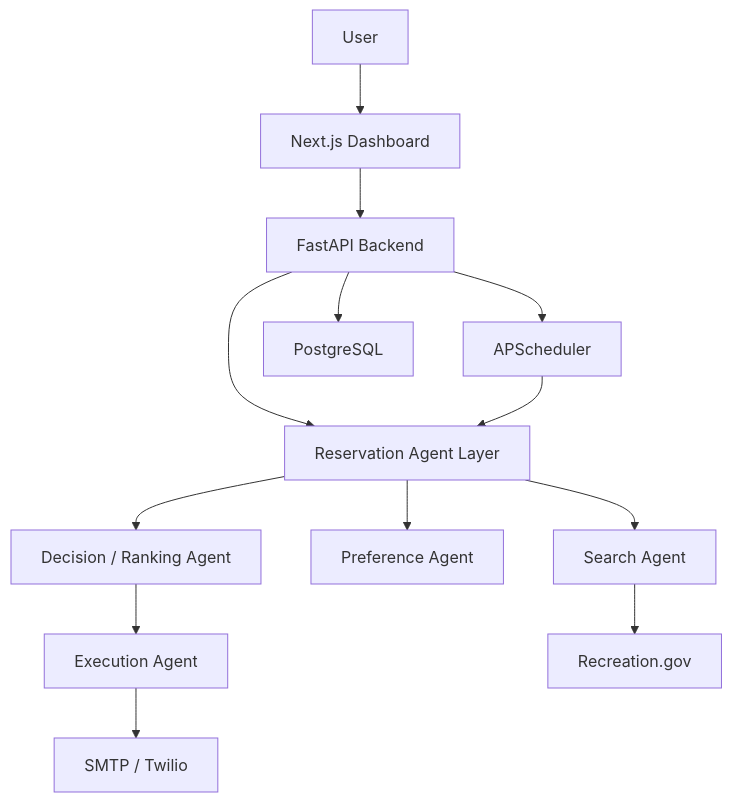
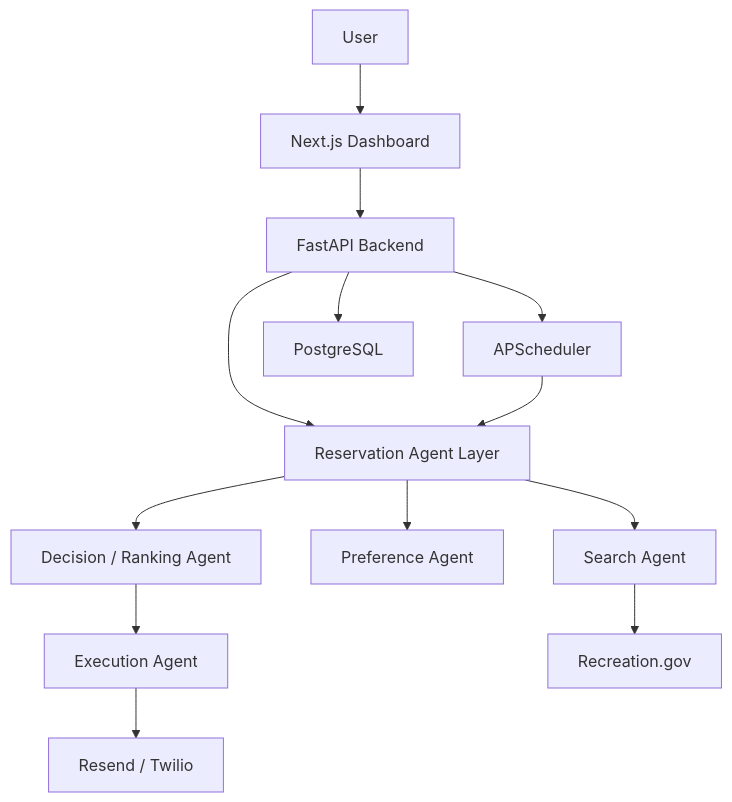
One commit to srs312-lab/parkreserve-ai changed the diagram in README.md. Above: the diagram before and after it, drawn with Mermaid. The commit also changed other lines of this file and 6 other files, not shown here.

````diff
--- a/README.md
+++ b/README.md
@@ -48,28 +48,28 @@
 ```mermaid
 flowchart TD
     User["User"]
     Dashboard["Next.js Dashboard"]
     API["FastAPI Backend"]
     Agent["Reservation Agent Layer"]
     Search["Search Agent"]
     Preference["Preference Agent"]
     Decision["Decision / Ranking Agent"]
     Execution["Execution Agent"]
     Recreation["Recreation.gov"]
     Scheduler["APScheduler"]
     Database["PostgreSQL"]
-    Notify["SMTP / Twilio"]
+    Notify["Resend / Twilio"]
 
     User --> Dashboard
     Dashboard --> API
     API --> Agent
     API --> Scheduler
     Agent --> Preference
     Agent --> Search
     Search --> Recreation
     Agent --> Decision
     Decision --> Execution
     Execution --> Notify
     API --> Database
     Scheduler --> Agent
 ```
````
